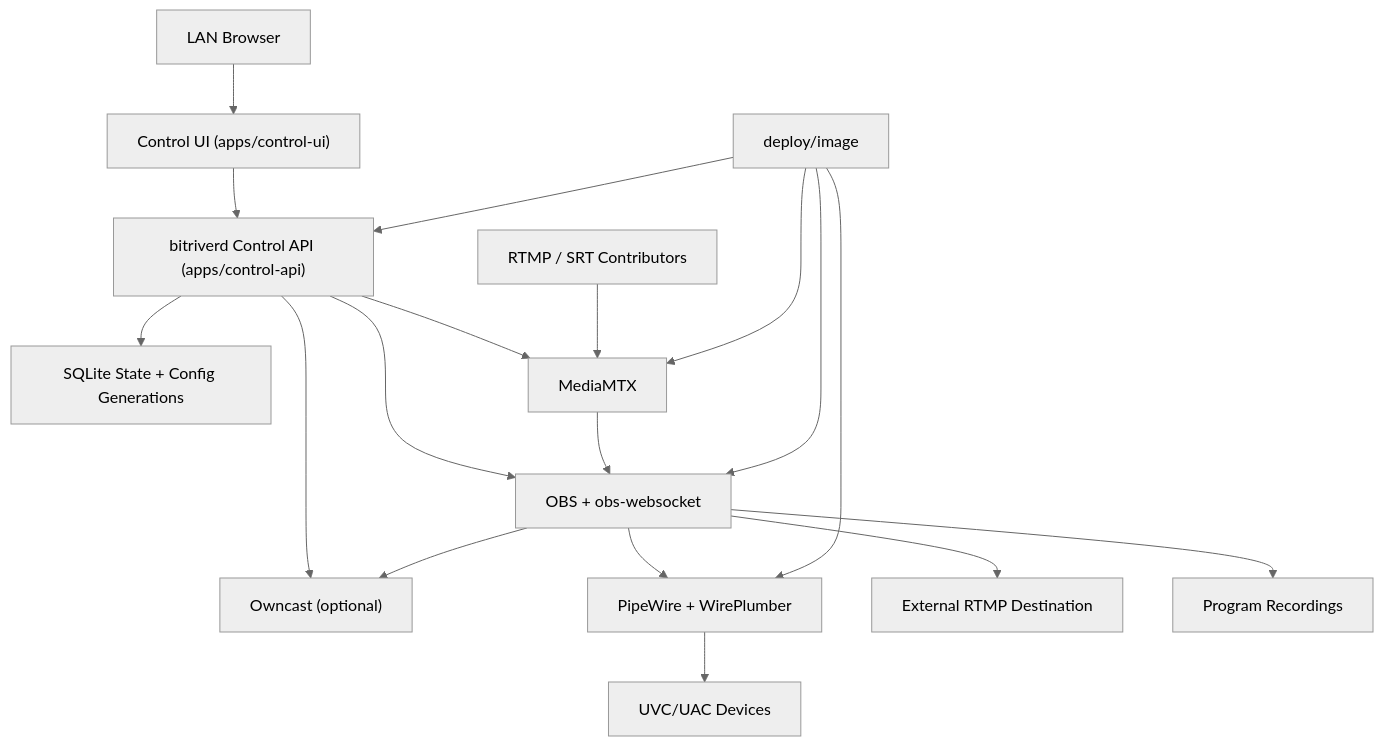
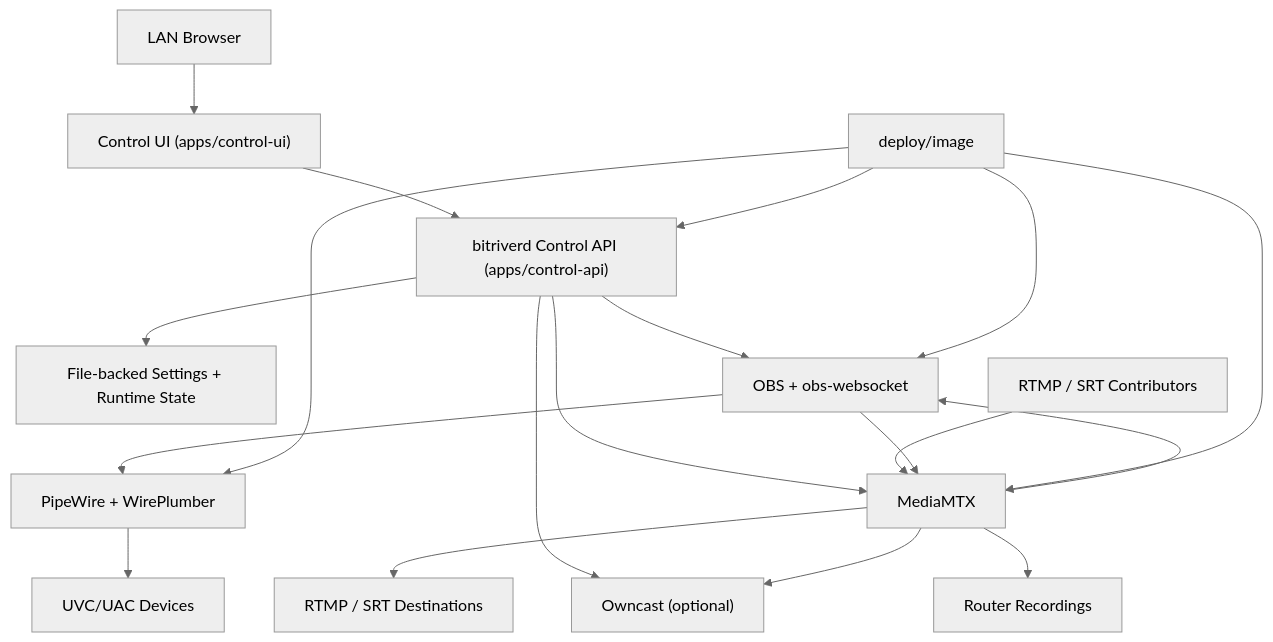
One commit to ProhibitedTV/BitRiver-Studio-OS changed the diagram in README.md. Above: the diagram before and after it, drawn with Mermaid (neutral theme). The commit also changed other lines of this file and 81 other files, not shown here.

Commit message:
Implement appliance boot, control API, and media router foundations

````diff
--- a/README.md
+++ b/README.md
@@ -19,23 +19,24 @@
 ```mermaid
 flowchart TB
     Browser["LAN Browser"] --> UI["Control UI (apps/control-ui)"]
     UI --> API["bitriverd Control API (apps/control-api)"]
-    API --> Store["SQLite State + Config Generations"]
+    API --> Store["File-backed Settings + Runtime State"]
     API --> OBS["OBS + obs-websocket"]
     API --> MTX["MediaMTX"]
     API --> OC["Owncast (optional)"]
 
     OBS --> PW["PipeWire + WirePlumber"]
     PW --> Devs["UVC/UAC Devices"]
 
     Publishers["RTMP / SRT Contributors"] --> MTX
     MTX --> OBS
-    OBS --> Dest["External RTMP Destination"]
-    OBS --> OC
-    OBS --> Recs["Program Recordings"]
+    OBS --> MTX
+    MTX --> Dest["RTMP / SRT Destinations"]
+    MTX --> OC
+    MTX --> Recs["Router Recordings"]
 
     Image["deploy/image"] --> API
     Image --> OBS
     Image --> MTX
     Image --> PW
 ```
````
